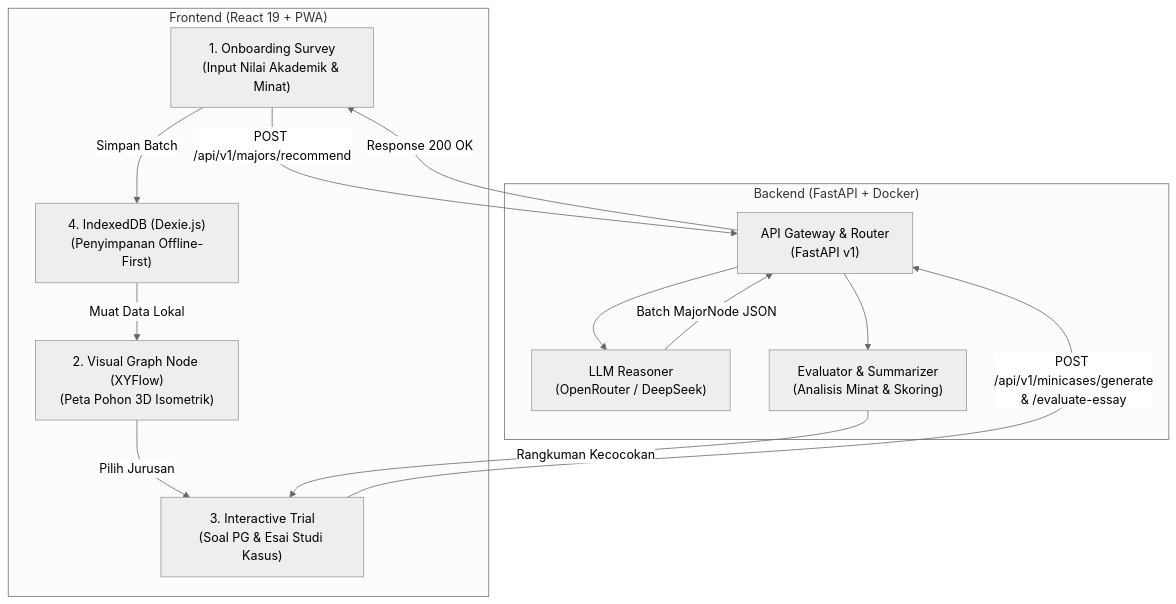
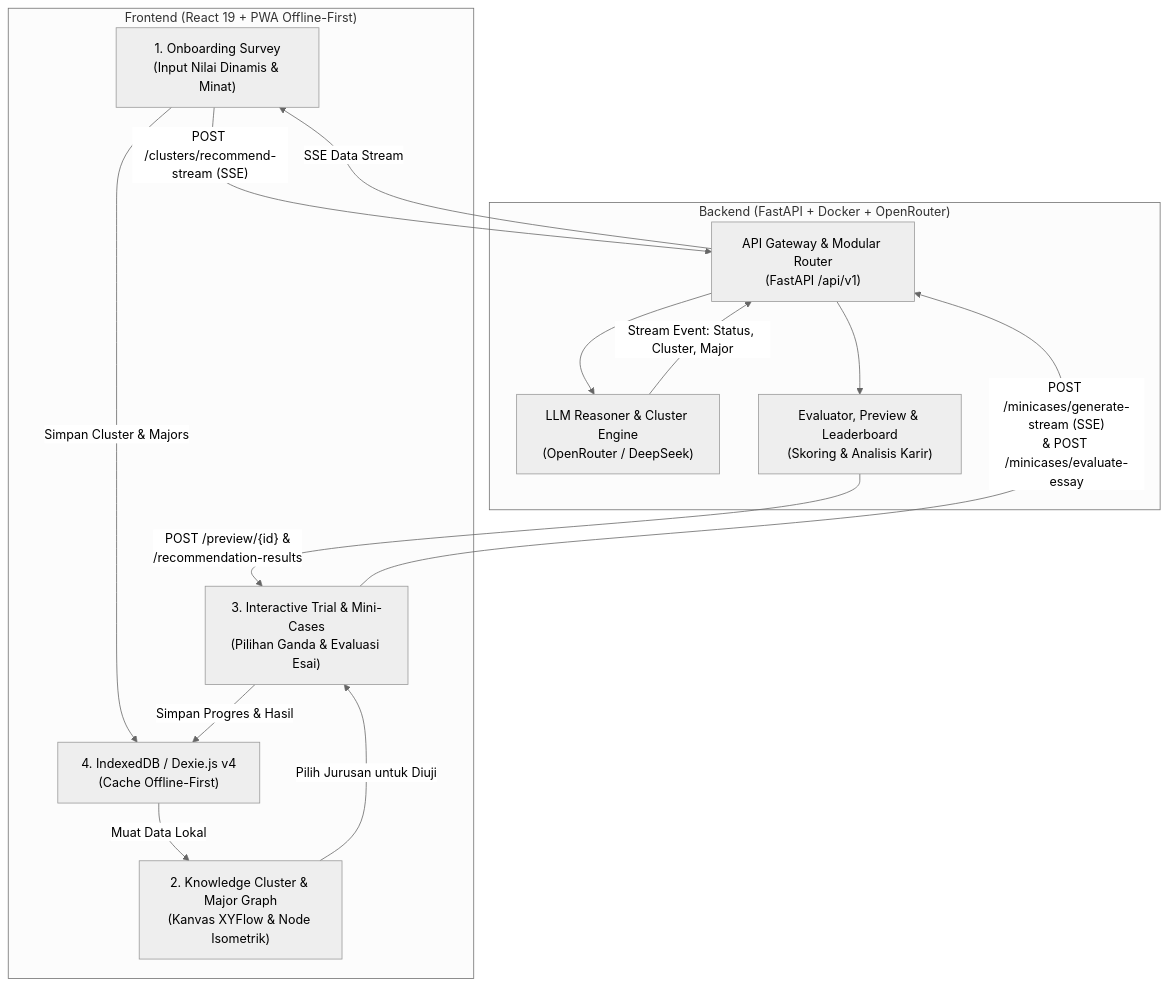
Before and after one commit to gedenarendra/arahkita: the diagram in README.md, drawn with Mermaid (neutral theme). The commit also changed other lines of this file and 1 other file, not shown here.

First line of the commit message:
docs: update README to align with new frontend and backend architecture

````diff
--- a/README.md
+++ b/README.md
@@ -32,26 +34,27 @@
 ```mermaid
 flowchart TD
-    subgraph Frontend["Frontend (React 19 + PWA)"]
-        A["1. Onboarding Survey<br/>(Input Nilai Akademik & Minat)"]
-        B["2. Visual Graph Node (XYFlow)<br/>(Peta Pohon 3D Isometrik)"]
-        C["3. Interactive Trial<br/>(Soal PG & Esai Studi Kasus)"]
-        D["4. IndexedDB (Dexie.js)<br/>(Penyimpanan Offline-First)"]
+    subgraph Frontend["Frontend (React 19 + PWA Offline-First)"]
+        A["1. Onboarding Survey<br/>(Input Nilai Dinamis & Minat)"]
+        B["2. Knowledge Cluster & Major Graph<br/>(Kanvas XYFlow & Node Isometrik)"]
+        C["3. Interactive Trial & Mini-Cases<br/>(Pilihan Ganda & Evaluasi Esai)"]
+        D["4. IndexedDB / Dexie.js v4<br/>(Cache Offline-First)"]
     end
 
-    subgraph Backend["Backend (FastAPI + Docker)"]
-        E["API Gateway & Router<br/>(FastAPI v1)"]
-        F["LLM Reasoner<br/>(OpenRouter / DeepSeek)"]
-        G["Evaluator & Summarizer<br/>(Analisis Minat & Skoring)"]
+    subgraph Backend["Backend (FastAPI + Docker + OpenRouter)"]
+        E["API Gateway & Modular Router<br/>(FastAPI /api/v1)"]
+        F["LLM Reasoner & Cluster Engine<br/>(OpenRouter / DeepSeek)"]
+        G["Evaluator, Preview & Leaderboard<br/>(Skoring & Analisis Karir)"]
     end
 
-    A -->|"POST /api/v1/majors/recommend"| E
+    A -->|"POST /clusters/recommend-stream (SSE)"| E
     E --> F
-    F -->|"Batch MajorNode JSON"| E
-    E -->|"Response 200 OK"| A
-    A -->|"Simpan Batch"| D
+    F -->|"Stream Event: Status, Cluster, Major"| E
+    E -->|"SSE Data Stream"| A
+    A -->|"Simpan Cluster & Majors"| D
     D -->|"Muat Data Lokal"| B
-    B -->|"Pilih Jurusan"| C
-    C -->|"POST /api/v1/minicases/generate<br/>& /evaluate-essay"| E
+    B -->|"Pilih Jurusan untuk Diuji"| C
+    C -->|"POST /minicases/generate-stream (SSE)<br/>& POST /minicases/evaluate-essay"| E
     E --> G
-    G -->|"Rangkuman Kecocokan"| C
+    G -->|"POST /preview/{id} &<br/>/recommendation-results"| C
+    C -->|"Simpan Progres & Hasil"| D
 ```
````
